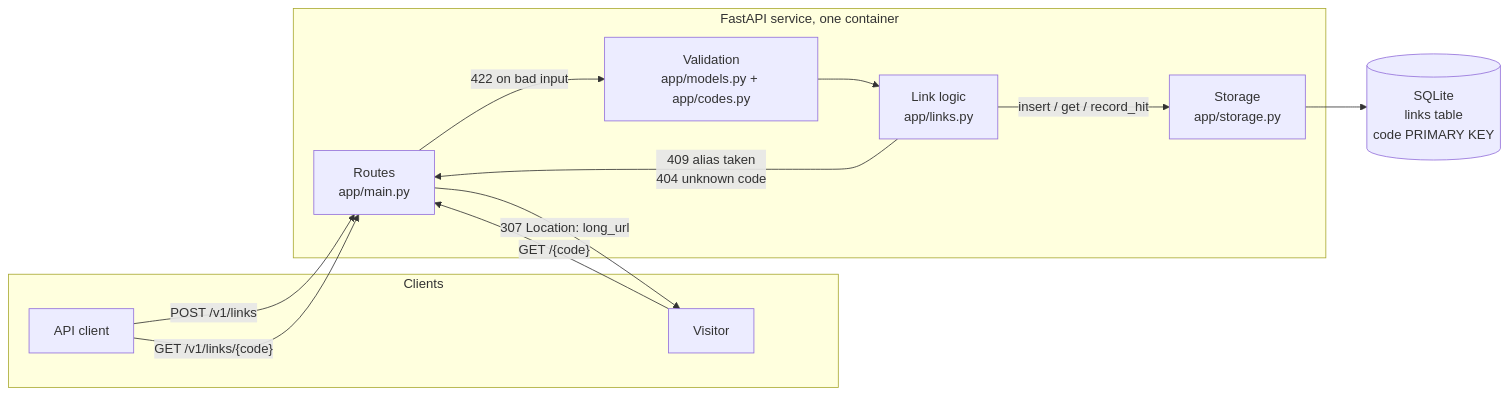
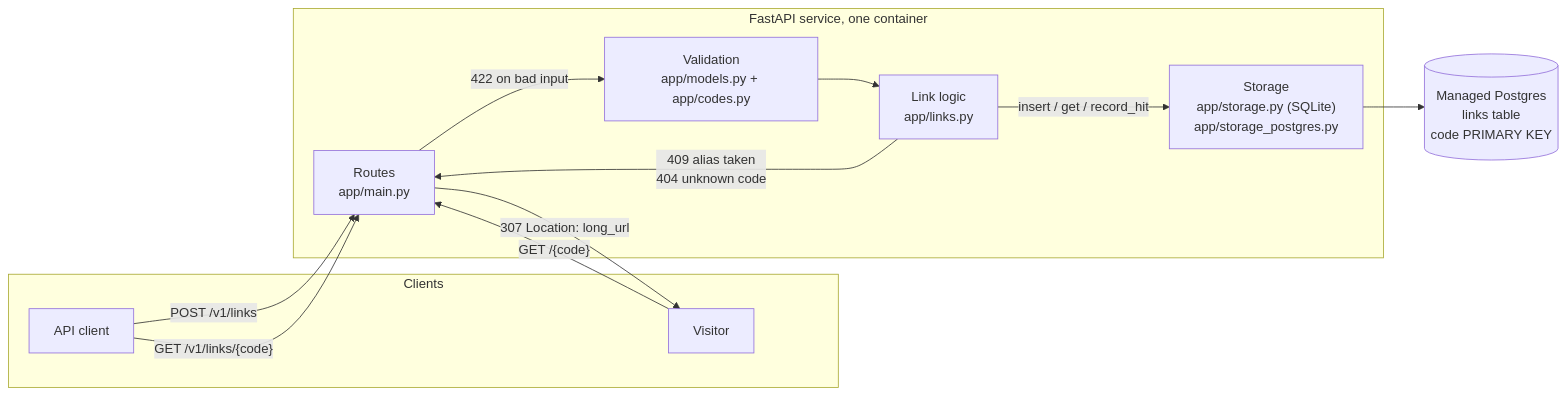
The first of 2 diagrams in README.md (JulianMcOmie/url-shortener), drawn with Mermaid before and after one commit. The commit also changed other lines of this file and 10 other files, not shown here.

````diff
--- a/README.md
+++ b/README.md
@@ -87,26 +88,26 @@
 ```mermaid
 flowchart LR
     subgraph clients [Clients]
         C[API client]
         V[Visitor]
     end
 
     subgraph service [FastAPI service, one container]
         R["Routes<br/>app/main.py"]
         M["Validation<br/>app/models.py + app/codes.py"]
         L["Link logic<br/>app/links.py"]
-        S["Storage<br/>app/storage.py"]
+        S["Storage<br/>app/storage.py (SQLite)<br/>app/storage_postgres.py"]
     end
 
-    DB[("SQLite<br/>links table<br/>code PRIMARY KEY")]
+    DB[("Managed Postgres<br/>links table<br/>code PRIMARY KEY")]
 
     C -- "POST /v1/links" --> R
     C -- "GET /v1/links/{code}" --> R
     V -- "GET /{code}" --> R
     R -- "422 on bad input" --> M
     M --> L
     L -- "insert / get / record_hit" --> S
     S --> DB
     L -- "409 alias taken<br/>404 unknown code" --> R
     R -- "307 Location: long_url" --> V
 ```
````
